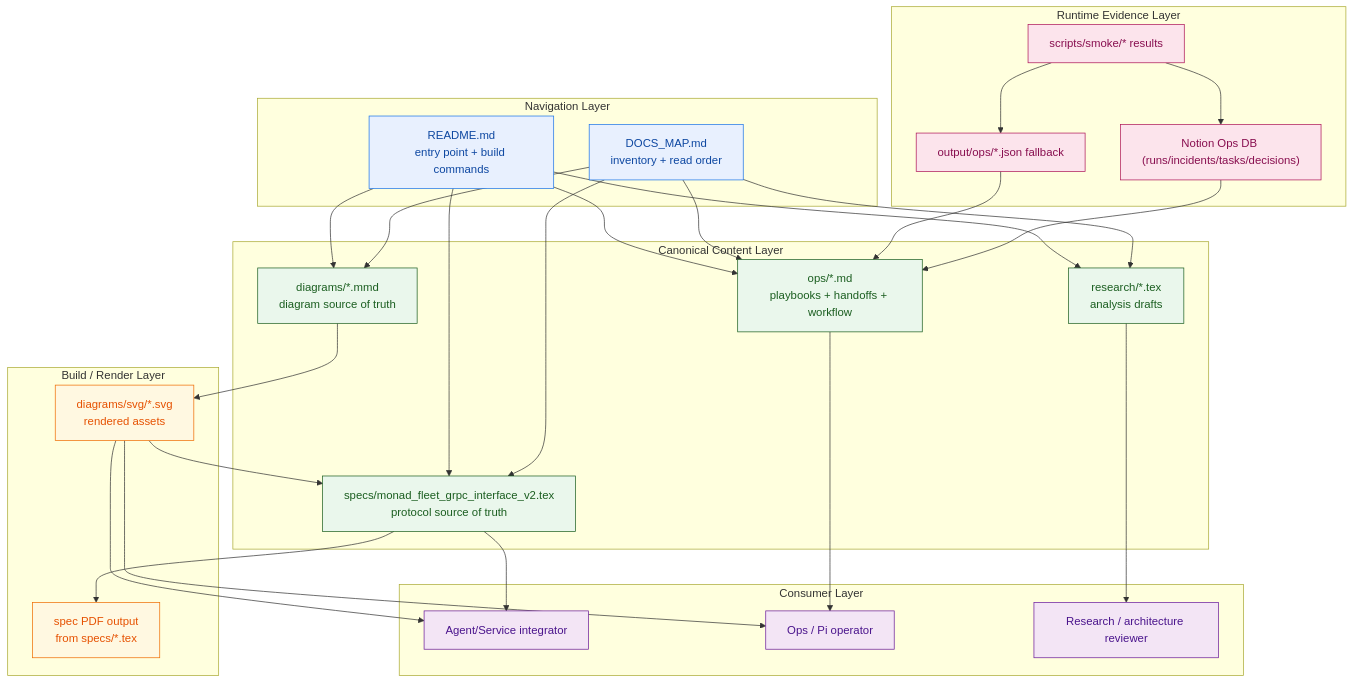
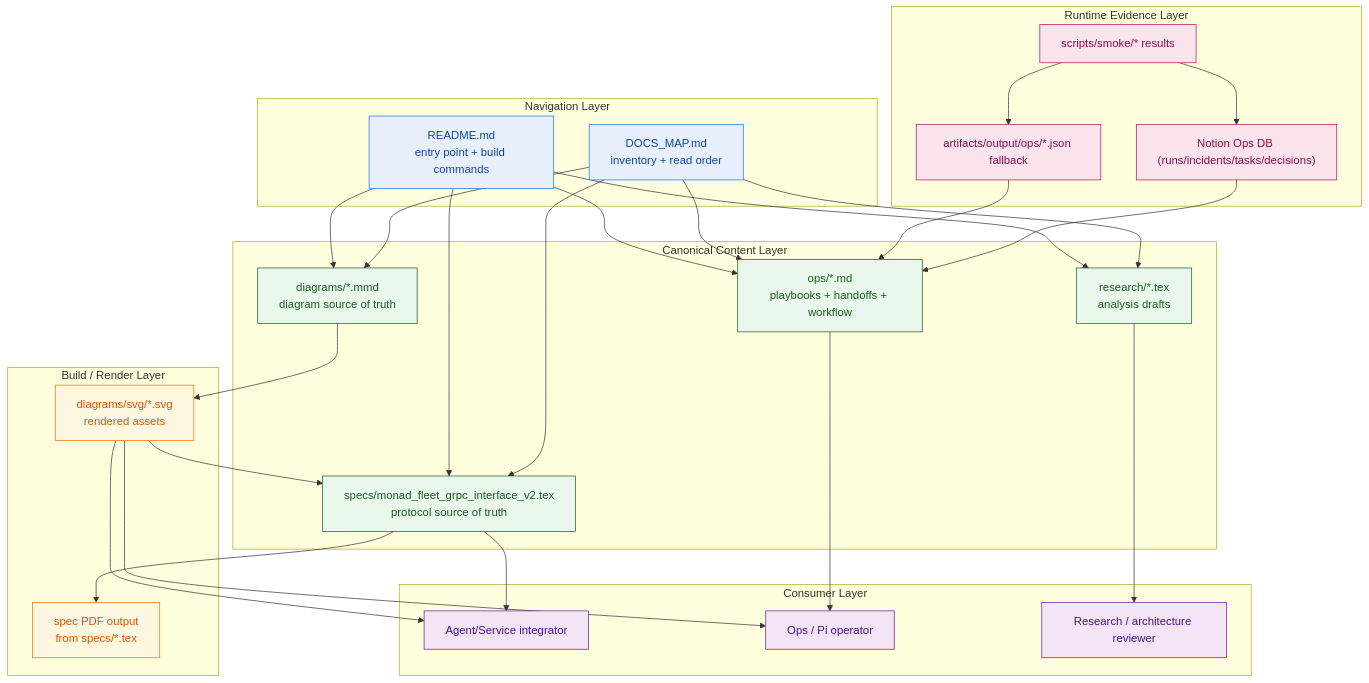
Before and after one commit to hokanuSK/Monad-Fleet-plugin: the diagram in docs/diagrams/docs-information-architecture.mmd, drawn with Mermaid. The commit also changed 57 other files, not shown here.

```diff
--- a/docs/diagrams/docs-information-architecture.mmd
+++ b/docs/diagrams/docs-information-architecture.mmd
@@ -1,67 +1,67 @@
 %% NOTE: Keep this diagram updated with any protocol or flow changes!
 %% Last updated: 2026-03-22
 flowchart TB
     subgraph Nav["Navigation Layer"]
         RootReadme["README.md<br/>entry point + build commands"]
         Map["DOCS_MAP.md<br/>inventory + read order"]
     end
 
     subgraph Canon["Canonical Content Layer"]
         Spec["specs/monad_fleet_grpc_interface_v2.tex<br/>protocol source of truth"]
         Ops["ops/*.md<br/>playbooks + handoffs + workflow"]
         Research["research/*.tex<br/>analysis drafts"]
         MMD["diagrams/*.mmd<br/>diagram source of truth"]
     end
 
     subgraph Build["Build / Render Layer"]
         SVG["diagrams/svg/*.svg<br/>rendered assets"]
         PDF["spec PDF output<br/>from specs/*.tex"]
     end
 
     subgraph Runtime["Runtime Evidence Layer"]
         Smoke["scripts/smoke/* results"]
-        OpsJSON["output/ops/*.json fallback"]
+        OpsJSON["artifacts/output/ops/*.json fallback"]
         Notion["Notion Ops DB (runs/incidents/tasks/decisions)"]
     end
 
     subgraph Consumers["Consumer Layer"]
         Integrator["Agent/Service integrator"]
         Operator["Ops / Pi operator"]
         Reviewer["Research / architecture reviewer"]
     end
 
     RootReadme --> Spec
     RootReadme --> Ops
     RootReadme --> Research
     RootReadme --> MMD
     Map --> Spec
     Map --> Ops
     Map --> Research
     Map --> MMD
 
     MMD --> SVG
     SVG --> Spec
     Spec --> PDF
 
     Smoke --> OpsJSON
     Smoke --> Notion
     OpsJSON --> Ops
     Notion --> Ops
 
     Spec --> Integrator
     Ops --> Operator
     Research --> Reviewer
     SVG --> Integrator
     SVG --> Operator
 
     classDef nav fill:#e8f0fe,stroke:#1a73e8,stroke-width:1px,color:#0d47a1
     classDef canon fill:#eaf7ec,stroke:#1b5e20,stroke-width:1px,color:#1b5e20
     classDef build fill:#fff8e1,stroke:#ef6c00,stroke-width:1px,color:#e65100
     classDef runtime fill:#fce4ec,stroke:#ad1457,stroke-width:1px,color:#880e4f
     classDef users fill:#f3e5f5,stroke:#6a1b9a,stroke-width:1px,color:#4a148c
 
     class RootReadme,Map nav
     class Spec,Ops,Research,MMD canon
     class SVG,PDF build
     class Smoke,OpsJSON,Notion runtime
     class Integrator,Operator,Reviewer users
```
